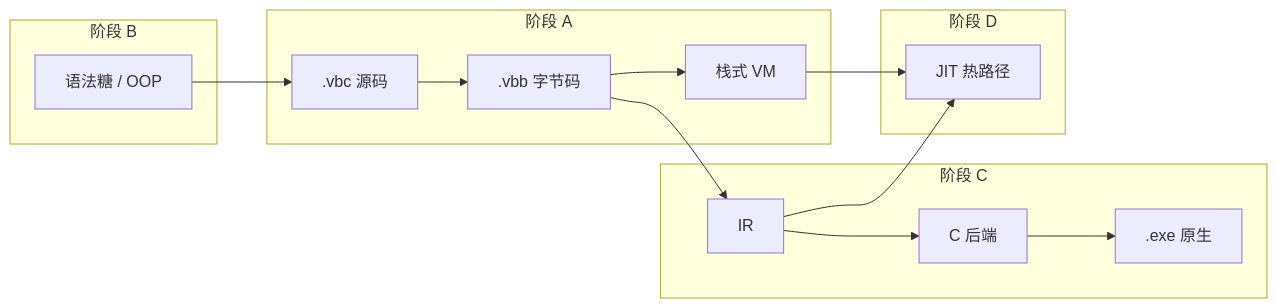
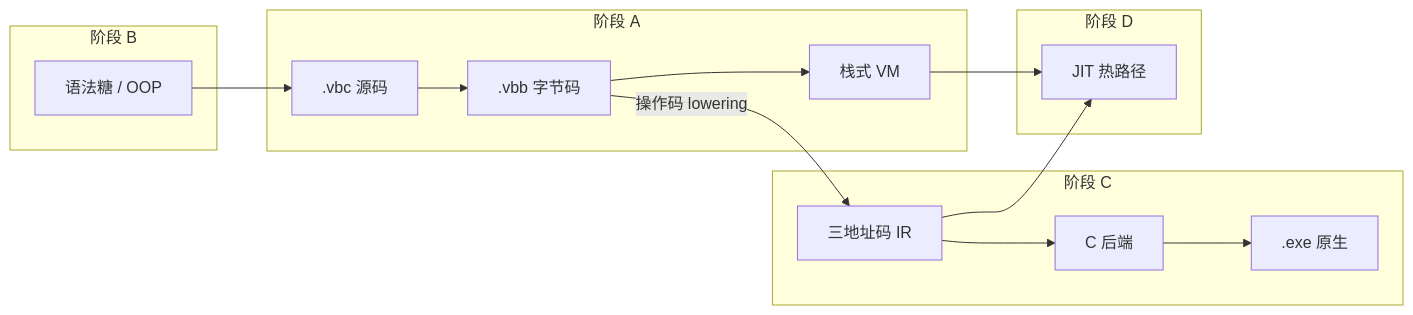
One commit to kalinote/verbose-c changed the diagram in docs/FEATURE_IMPLEMENTATION_TARGETS.md. Above: the diagram before and after it, drawn with Mermaid. The commit also changed other lines of this file and 19 other files, not shown here.

````diff
--- a/docs/FEATURE_IMPLEMENTATION_TARGETS.md
+++ b/docs/FEATURE_IMPLEMENTATION_TARGETS.md
@@ -469,28 +476,28 @@
 ```mermaid
 flowchart LR
     subgraph PhaseA["阶段 A"]
         VBC[".vbc 源码"]
         VBB[".vbb 字节码"]
         VM["栈式 VM"]
         VBC --> VBB --> VM
     end
 
     subgraph PhaseB["阶段 B"]
         Sugar["语法糖 / OOP"]
     end
 
     subgraph PhaseC["阶段 C"]
-        IR["IR"]
+        IR["三地址码 IR"]
         EmitC["C 后端"]
         Native[".exe 原生"]
-        VBB --> IR --> EmitC --> Native
+        VBB -->|操作码 lowering| IR --> EmitC --> Native
     end
 
     subgraph PhaseD["阶段 D"]
         JIT["JIT 热路径"]
         VM --> JIT
         IR --> JIT
     end
 
     Sugar --> VBC
 ```
````
